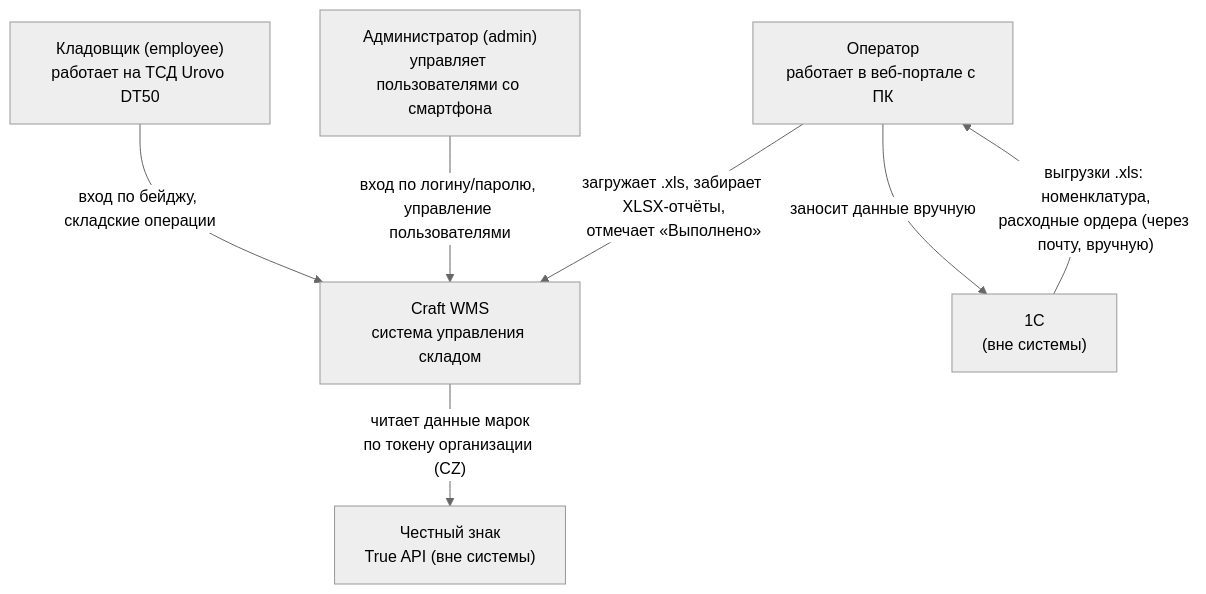
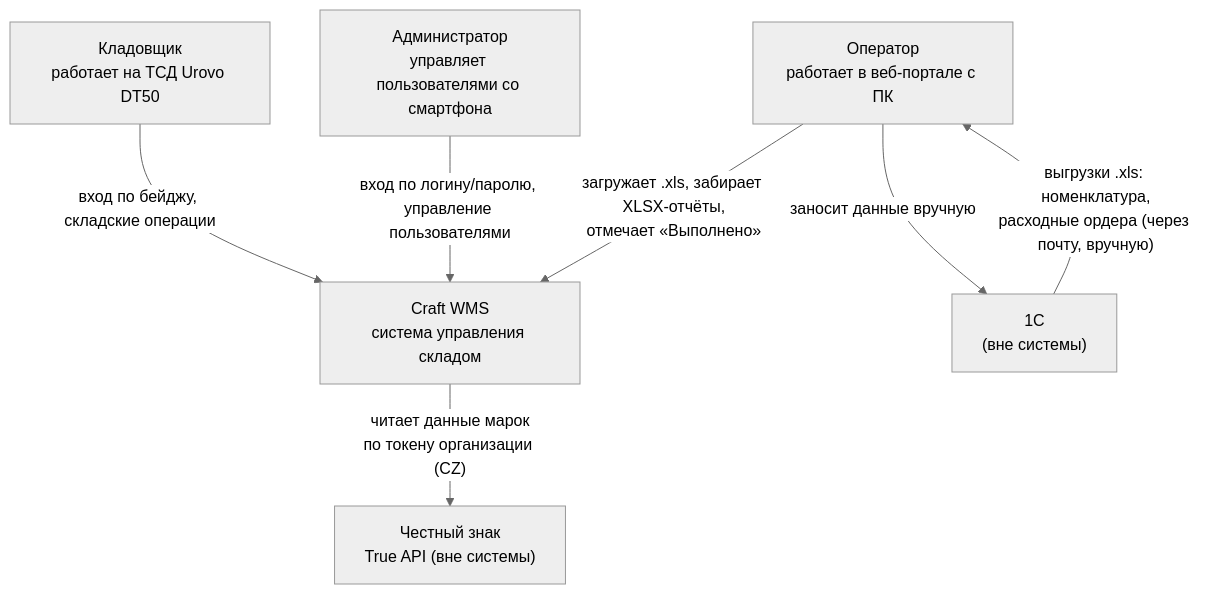
Before and after one commit to SergeiSMV/craft_limonades: the first of 4 diagrams in docs/architecture.md, drawn with Mermaid (neutral theme). The commit also changed 5 other files, not shown here.

````diff
--- a/docs/architecture.md
+++ b/docs/architecture.md
@@ -34,16 +34,16 @@
 ```mermaid
 flowchart TB
-    worker["Кладовщик (employee)<br/>работает на ТСД Urovo DT50"]
-    admin["Администратор (admin)<br/>управляет пользователями со смартфона"]
+    worker["Кладовщик<br/>работает на ТСД Urovo DT50"]
+    admin["Администратор<br/>управляет пользователями со смартфона"]
     op["Оператор<br/>работает в веб-портале с ПК"]
     wms["Craft WMS<br/>система управления складом"]
     onec["1С<br/>(вне системы)"]
     cz["Честный знак<br/>True API (вне системы)"]
 
     worker -->|"вход по бейджу, складские операции"| wms
     admin -->|"вход по логину/паролю, управление пользователями"| wms
     onec -->|"выгрузки .xls: номенклатура,<br/>расходные ордера (через почту, вручную)"| op
     op -->|"загружает .xls, забирает XLSX-отчёты,<br/>отмечает «Выполнено»"| wms
     op -->|"заносит данные вручную"| onec
     wms -->|"читает данные марок<br/>по токену организации (CZ)"| cz
 ```
````
